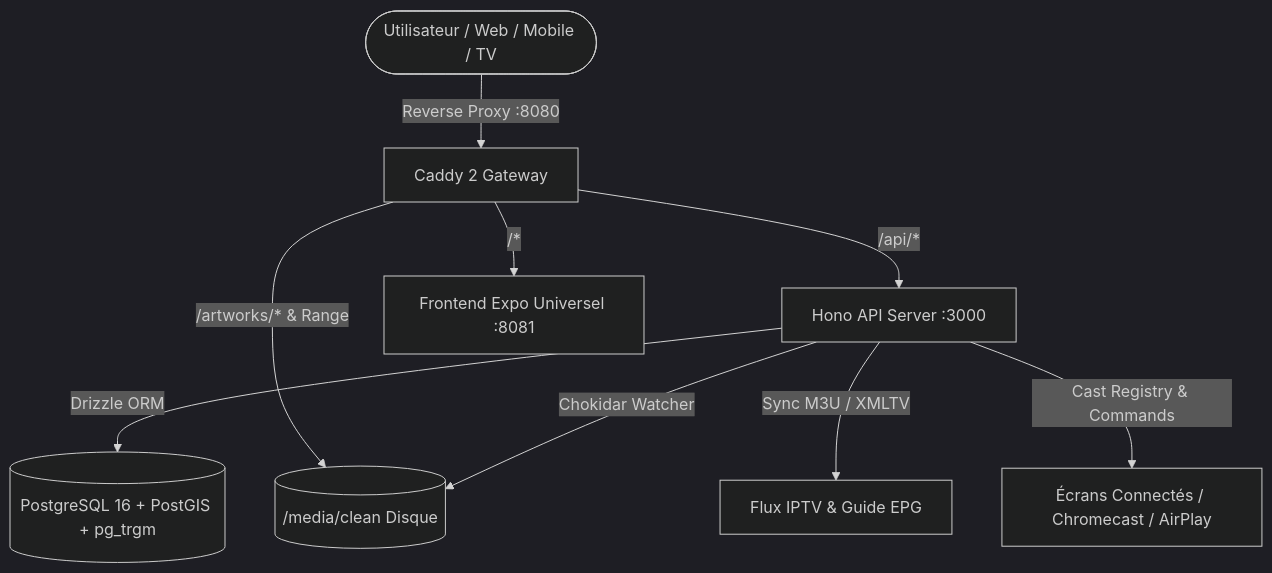
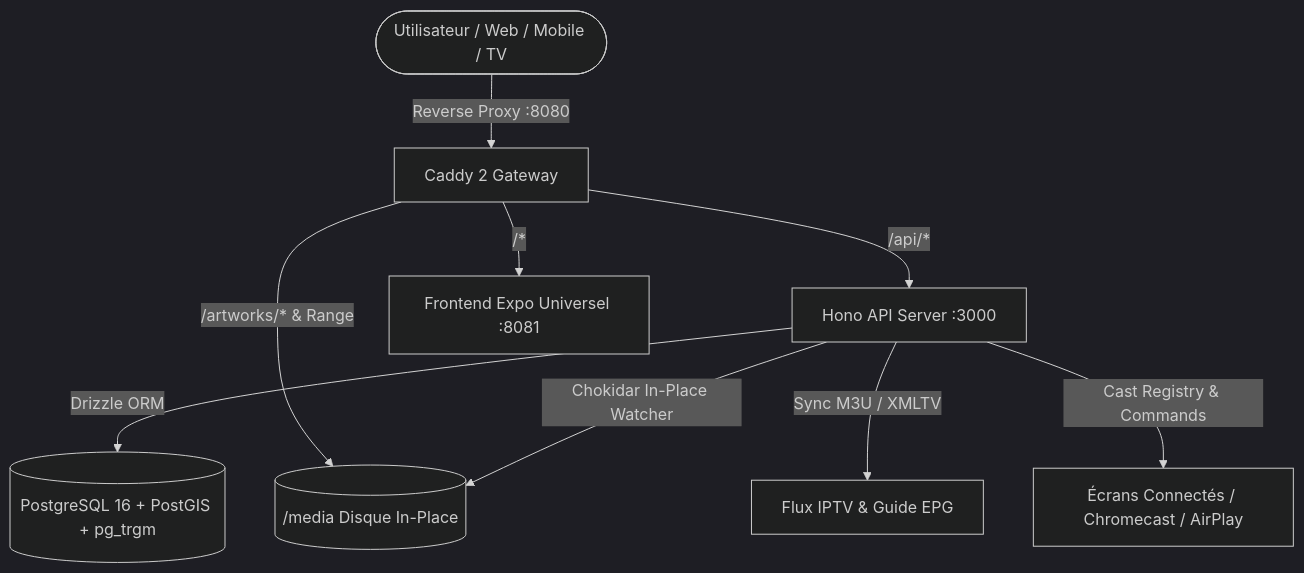
The diagram in stack_universelle.md (guomangu/UniversalMediaCenter), drawn with Mermaid (dark theme) before and after one commit. The commit also changed other lines of this file and 8 other files, not shown here.

````diff
--- a/stack_universelle.md
+++ b/stack_universelle.md
@@ -9,11 +9,11 @@
 ```mermaid
 flowchart TD
     User([Utilisateur / Web / Mobile / TV]) -->|Reverse Proxy :8080| Caddy[Caddy 2 Gateway]
     Caddy -->|/api/*| HonoAPI[Hono API Server :3000]
-    Caddy -->|/artworks/* & Range| DiskPool[(/media/clean Disque)]
+    Caddy -->|/artworks/* & Range| DiskPool[(/media Disque In-Place)]
     Caddy -->|/*| ExpoWeb[Frontend Expo Universel :8081]
     HonoAPI -->|Drizzle ORM| Postgres[(PostgreSQL 16 + PostGIS + pg_trgm)]
-    HonoAPI -->|Chokidar Watcher| DiskPool
+    HonoAPI -->|Chokidar In-Place Watcher| DiskPool
     HonoAPI -->|Sync M3U / XMLTV| IPTVSource[Flux IPTV & Guide EPG]
     HonoAPI -->|Cast Registry & Commands| CastTargets[Écrans Connectés / Chromecast / AirPlay]
 ```
````
